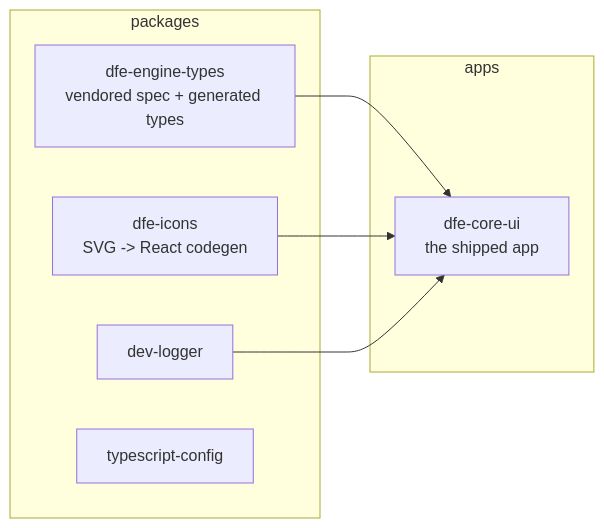
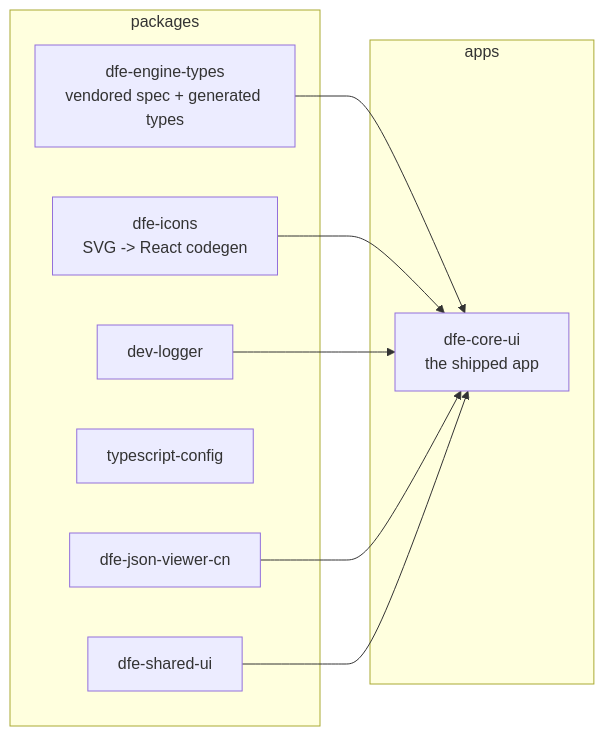
One commit to hyperi-io/dfe-ui changed the second of 2 diagrams in docs/architecture.md. Above: the diagram before and after it, drawn with Mermaid. The commit also changed other lines of this file and 4 other files, not shown here.

````diff
--- a/docs/architecture.md
+++ b/docs/architecture.md
@@ -26,15 +26,19 @@
 ```mermaid
 flowchart LR
     subgraph apps
         CORE[dfe-core-ui<br/>the shipped app]
     end
     subgraph packages
         TYPES[dfe-engine-types<br/>vendored spec + generated types]
         ICONS[dfe-icons<br/>SVG -> React codegen]
         LOG[dev-logger]
         TSC[typescript-config]
+        JSON[dfe-json-viewer-cn]
+        SHARED[dfe-shared-ui]
     end
     TYPES --> CORE
     ICONS --> CORE
     LOG --> CORE
+    JSON --> CORE
+    SHARED --> CORE
 ```
````
